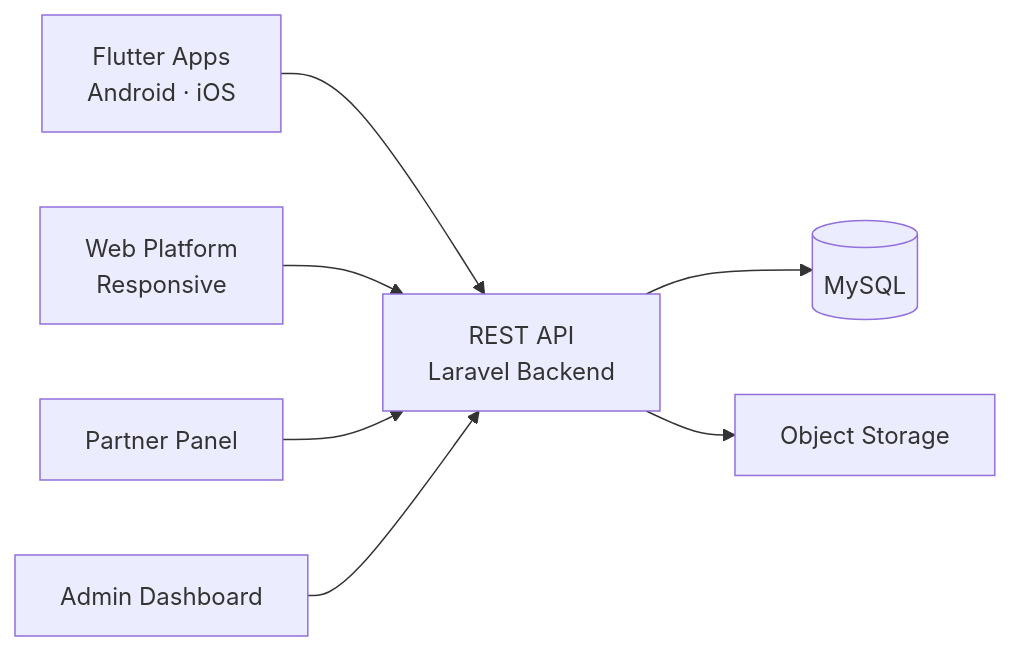
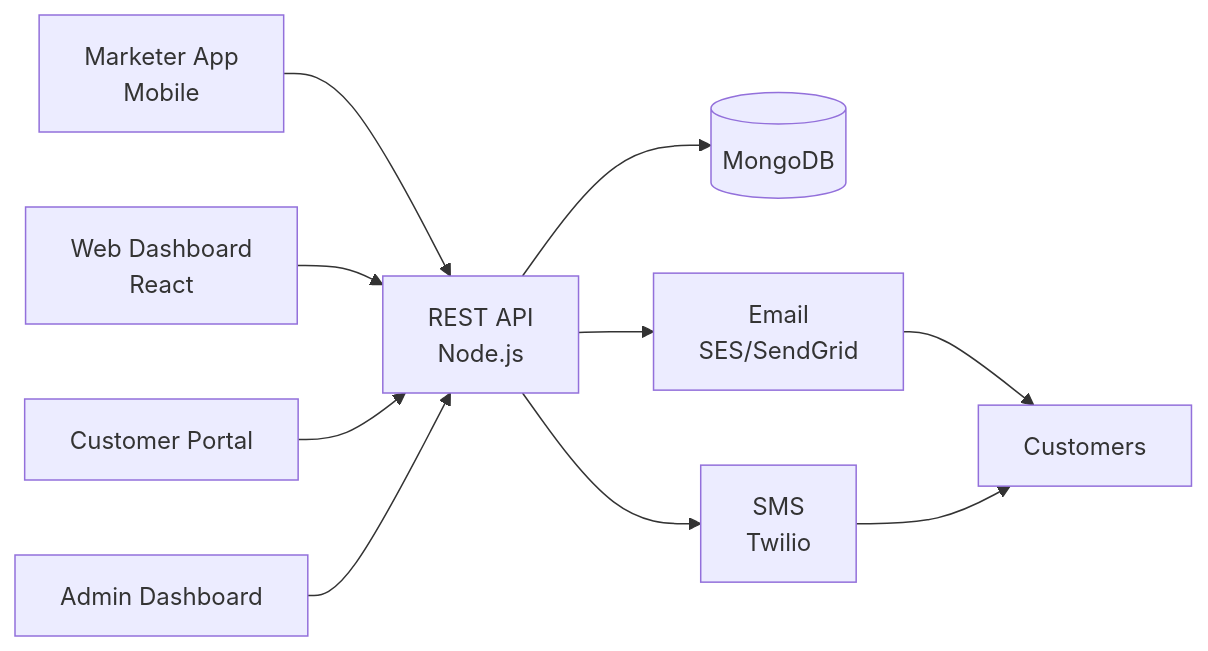
The diagram in README.md (Miracuves-Solutions/activecampaign-clone), drawn with Mermaid before and after one commit. The commit also changed other lines of this file, not shown here.

````diff
--- a/README.md
+++ b/README.md
@@ -97,9 +47,16 @@
 ```mermaid
 flowchart LR
-    A[Flutter Apps<br/>Android · iOS] --> G[REST API<br/>Laravel Backend]
-    W[Web Platform<br/>Responsive] --> G
-    P[Partner Panel] --> G
-    AD[Admin Dashboard] --> G
-    G --> DB[(MySQL)]
-    G --> S3[Object Storage]
+    A[Marketer App<br/>Mobile]
+    B[Web Dashboard<br/>React]
+    W[Customer Portal]
+    AD[Admin Dashboard]
+    A --> G[REST API<br/>Node.js]
+    B --> G
+    W --> G
+    AD --> G
+    G --> DB[(MongoDB)]
+    G --> EMAIL[Email<br/>SES/SendGrid]
+    G --> SMS[SMS<br/>Twilio]
+    EMAIL --> CUST[Customers]
+    SMS --> CUST
 ```
````
